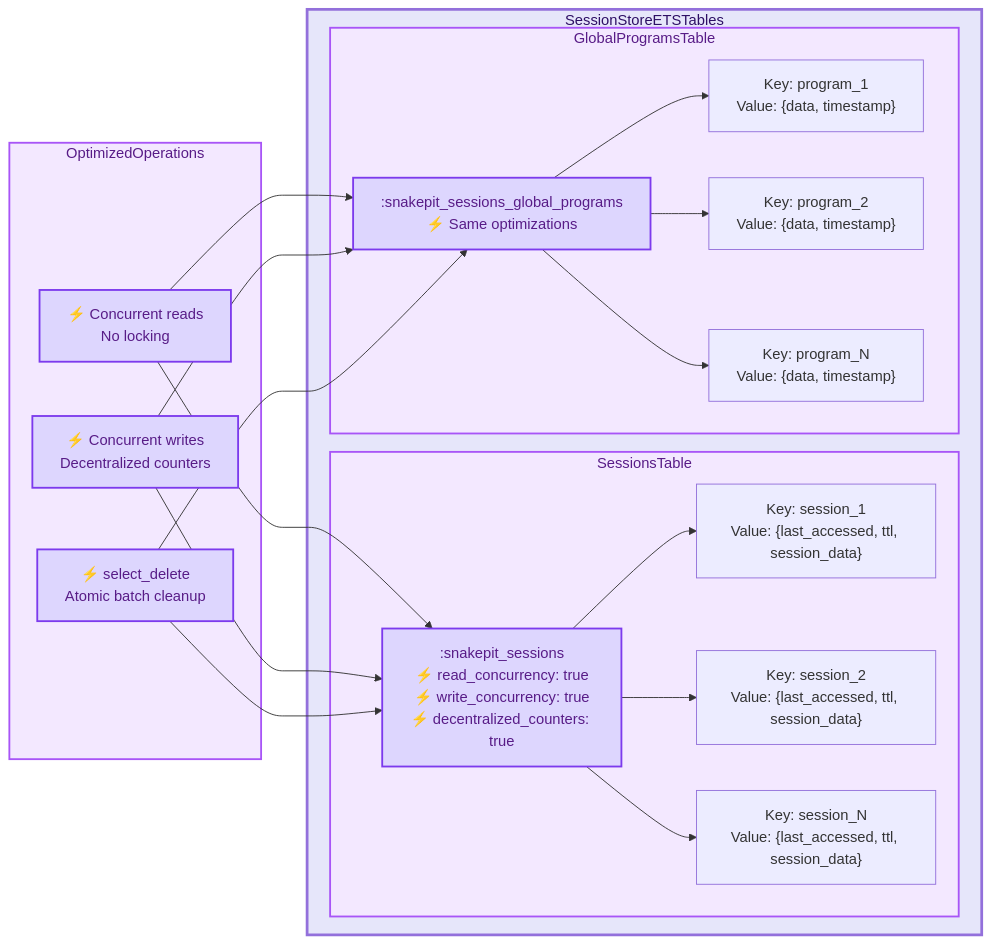
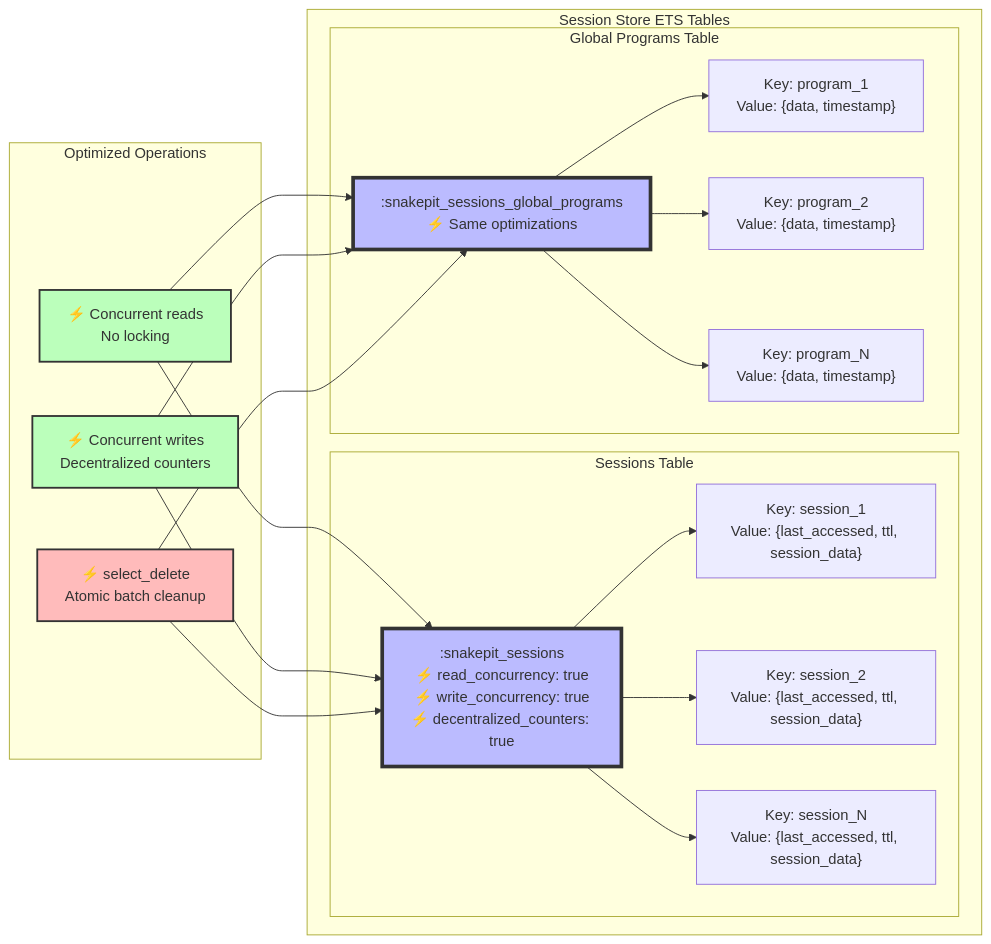
Before and after one commit to nshkrdotcom/snakepit: the third of 7 diagrams in DIAGS.md, drawn with Mermaid. The commit also changed other lines of this file and 8 other files, not shown here.

````diff
--- a/DIAGS.md
+++ b/DIAGS.md
@@ -124,55 +116,47 @@
 ```mermaid
 graph LR
-    SessionStoreETSTables["Session Store ETS Tables"]
-    subgraph SessionStoreETSTables
-        SessionsTable["Sessions Table"]
-        subgraph SessionsTable
+    subgraph "Session Store ETS Tables"
+        subgraph "Sessions Table"
             ST[":snakepit_sessions<br/>⚡ read_concurrency: true<br/>⚡ write_concurrency: true<br/>⚡ decentralized_counters: true"]
             
             S1["Key: session_1<br/>Value: {last_accessed, ttl, session_data}"]
             S2["Key: session_2<br/>Value: {last_accessed, ttl, session_data}"]
             SN["Key: session_N<br/>Value: {last_accessed, ttl, session_data}"]
         end
         
-        GlobalProgramsTable["Global Programs Table"]
-        subgraph GlobalProgramsTable
+        subgraph "Global Programs Table"
             GP[":snakepit_sessions_global_programs<br/>⚡ Same optimizations"]
             
             P1["Key: program_1<br/>Value: {data, timestamp}"]
             P2["Key: program_2<br/>Value: {data, timestamp}"]
             PN["Key: program_N<br/>Value: {data, timestamp}"]
         end
     end
     
-    OptimizedOperations["Optimized Operations"]
-    subgraph OptimizedOperations
+    subgraph "Optimized Operations"
         Read["⚡ Concurrent reads<br/>No locking"]
         Write["⚡ Concurrent writes<br/>Decentralized counters"]
         Cleanup["⚡ select_delete<br/>Atomic batch cleanup"]
     end
     
     ST --> S1
     ST --> S2
     ST --> SN
     
     GP --> P1
     GP --> P2
     GP --> PN
     
     Read --> ST
     Read --> GP
     Write --> ST
     Write --> GP
     Cleanup --> ST
     Cleanup --> GP
     
-    style SessionStoreETSTables fill:#e6e6fa,stroke:#9370db,stroke-width:3px,color:#2e1065
-    style SessionsTable fill:#f3e8ff,stroke:#a855f7,stroke-width:2px,color:#581c87
-    style GlobalProgramsTable fill:#f3e8ff,stroke:#a855f7,stroke-width:2px,color:#581c87
-    style OptimizedOperations fill:#f3e8ff,stroke:#a855f7,stroke-width:2px,color:#581c87
-    style ST fill:#ddd6fe,stroke:#7c3aed,stroke-width:2px,color:#581c87
-    style GP fill:#ddd6fe,stroke:#7c3aed,stroke-width:2px,color:#581c87
-    style Read fill:#ddd6fe,stroke:#7c3aed,stroke-width:2px,color:#581c87
-    style Write fill:#ddd6fe,stroke:#7c3aed,stroke-width:2px,color:#581c87
-    style Cleanup fill:#ddd6fe,stroke:#7c3aed,stroke-width:2px,color:#581c87
+    style ST fill:#bbf,stroke:#333,stroke-width:4px
+    style GP fill:#bbf,stroke:#333,stroke-width:4px
+    style Read fill:#bfb,stroke:#333,stroke-width:2px
+    style Write fill:#bfb,stroke:#333,stroke-width:2px
+    style Cleanup fill:#fbb,stroke:#333,stroke-width:2px
 ```
````
